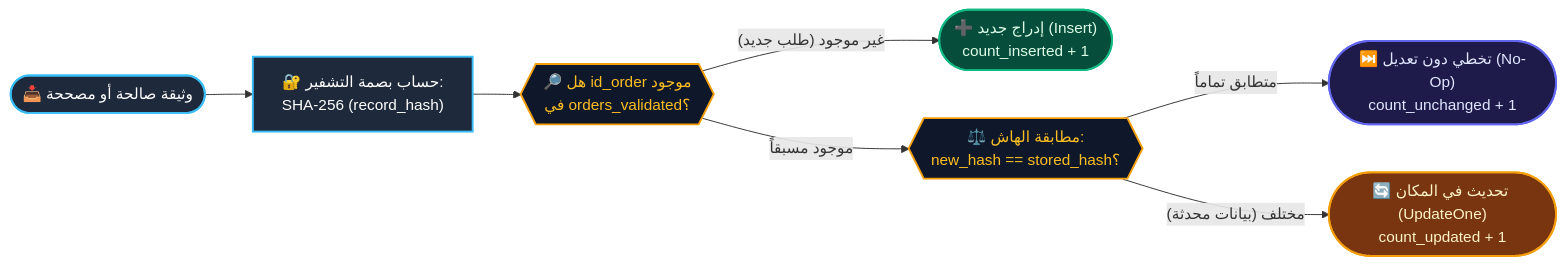
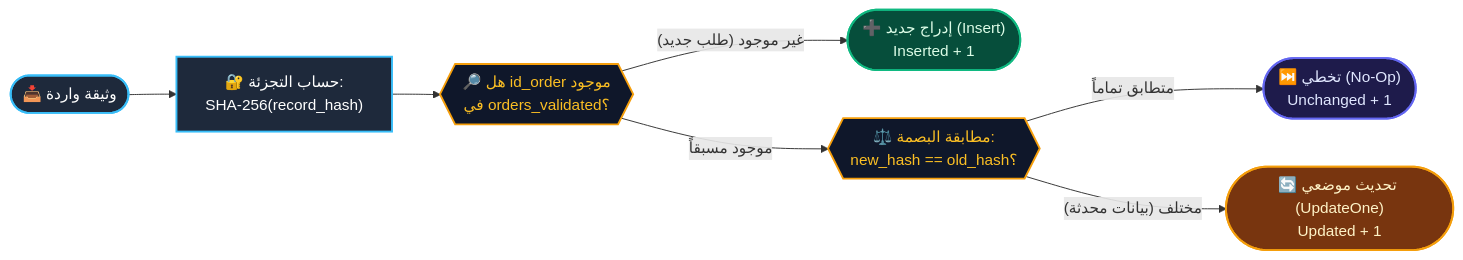
The second of 4 diagrams in README.md (maaajedlx-lang/midterm-data-pipeline), drawn with Mermaid before and after one commit. The commit also changed other lines of this file and 2 other files, not shown here.

````diff
--- a/README.md
+++ b/README.md
@@ -150,17 +622,17 @@
 ```mermaid
 graph LR
     classDef startNode fill:#1e293b,stroke:#38bdf8,stroke-width:2px,color:#fff;
     classDef decisionNode fill:#0f172a,stroke:#f59e0b,stroke-width:2px,color:#fbbf24;
     classDef actionInsert fill:#064e3b,stroke:#10b981,stroke-width:2px,color:#dcfce7;
     classDef actionSkip fill:#1e1b4b,stroke:#6366f1,stroke-width:2px,color:#e0e7ff;
     classDef actionUpdate fill:#78350f,stroke:#f59e0b,stroke-width:2px,color:#fef3c7;
 
-    IN_REC(["📥 وثيقة صالحة أو مصححة"]):::startNode --> GEN_HASH["🔐 حساب بصمة التشفير:<br/>SHA-256 (record_hash)"]:::startNode
-    GEN_HASH --> CHECK_DB{{"🔎 هل id_order موجود<br/>في orders_validated؟"}}:::decisionNode
+    IN_REC(["📥 وثيقة واردة"]):::startNode --> HASH_GEN["🔐 حساب التجزئة:<br/>SHA-256(record_hash)"]:::startNode
+    HASH_GEN --> CHECK_KEY{{"🔎 هل id_order موجود<br/>في orders_validated؟"}}:::decisionNode
 
-    CHECK_DB -- "غير موجود (طلب جديد)" --> DO_INS(["➕ إدراج جديد (Insert)<br/>count_inserted + 1"]):::actionInsert
-    CHECK_DB -- "موجود مسبقاً" --> COMP_HASH{{"⚖️ مطابقة الهاش:<br/>new_hash == stored_hash؟"}}:::decisionNode
+    CHECK_KEY -- "غير موجود (طلب جديد)" --> ACT_INS(["➕ إدراج جديد (Insert)<br/>Inserted + 1"]):::actionInsert
+    CHECK_KEY -- "موجود مسبقاً" --> MATCH_HASH{{"⚖️ مطابقة البصمة:<br/>new_hash == old_hash؟"}}:::decisionNode
 
-    COMP_HASH -- "متطابق تماماً" --> DO_SKIP(["⏭️ تخطي دون تعديل (No-Op)<br/>count_unchanged + 1"]):::actionSkip
-    COMP_HASH -- "مختلف (بيانات محدثة)" --> DO_UPD(["🔄 تحديث في المكان (UpdateOne)<br/>count_updated + 1"]):::actionUpdate
+    MATCH_HASH -- "متطابق تماماً" --> ACT_SKIP(["⏭️ تخطي (No-Op)<br/>Unchanged + 1"]):::actionSkip
+    MATCH_HASH -- "مختلف (بيانات محدثة)" --> ACT_UPD(["🔄 تحديث موضعي (UpdateOne)<br/>Updated + 1"]):::actionUpdate
 ```
````
